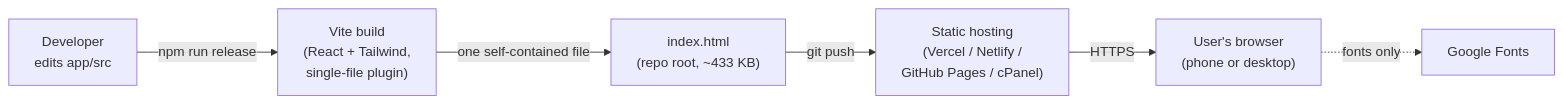
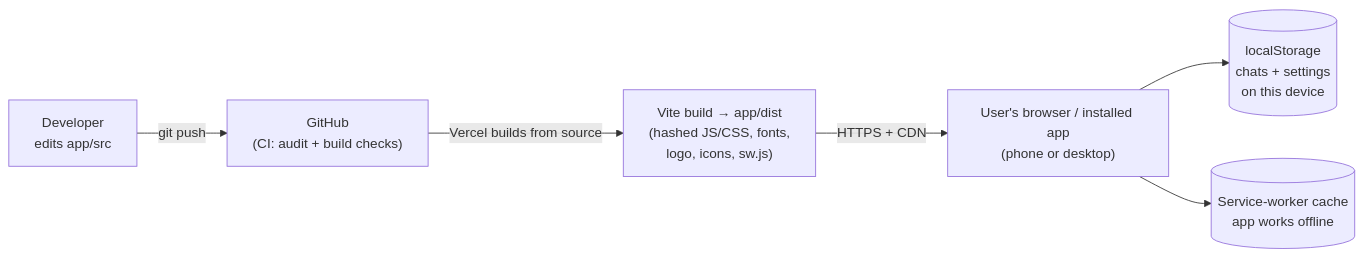
One commit to benbaxventures/BBchat changed the first of 5 diagrams in SYSTEM-DESIGN.md. Above: the diagram before and after it, drawn with Mermaid. The commit also changed other lines of this file and 3 other files, not shown here.

````diff
--- a/SYSTEM-DESIGN.md
+++ b/SYSTEM-DESIGN.md
@@ -27,8 +27,8 @@
 ```mermaid
 flowchart LR
-  dev["Developer<br/>edits app/src"] -->|npm run release| build["Vite build<br/>(React + Tailwind,<br/>single-file plugin)"]
-  build -->|one self-contained file| root["index.html<br/>(repo root, ~433 KB)"]
-  root -->|git push| host["Static hosting<br/>(Vercel / Netlify /<br/>GitHub Pages / cPanel)"]
-  host -->|HTTPS| browser["User's browser<br/>(phone or desktop)"]
-  browser -.->|fonts only| gfonts["Google Fonts"]
+  dev["Developer<br/>edits app/src"] -->|git push| gh["GitHub<br/>(CI: audit + build checks)"]
+  gh -->|Vercel builds from source| build["Vite build → app/dist<br/>(hashed JS/CSS, fonts,<br/>logo, icons, sw.js)"]
+  build -->|HTTPS + CDN| browser["User's browser / installed app<br/>(phone or desktop)"]
+  browser --> ls[("localStorage<br/>chats + settings<br/>on this device")]
+  browser --> swc[("Service-worker cache<br/>app works offline")]
 ```
````
